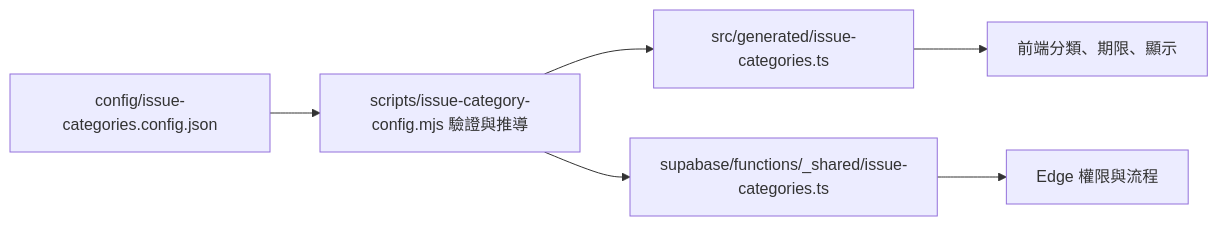
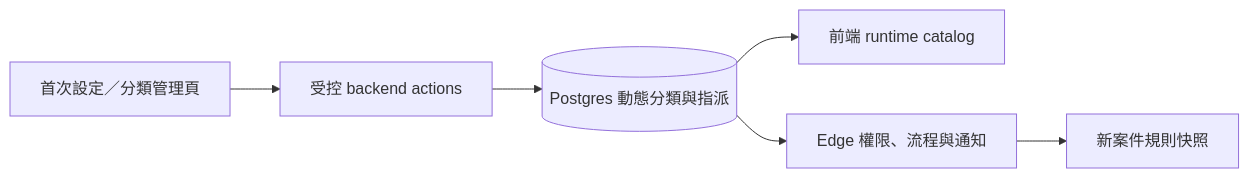
Before and after one commit to tavricccc/novae-website: the second of 2 diagrams in docs/architecture.md, drawn with Mermaid. The commit also changed other lines of this file and 25 other files, not shown here.

Commit message:
Remove category configuration module and associated styles; update project structure documentation for clarity on entry points and build scripts.

````diff
--- a/docs/architecture.md
+++ b/docs/architecture.md
@@ -68,8 +68,8 @@
 ```mermaid
 flowchart LR
-  J[config/issue-categories.config.json] --> S[scripts/issue-category-config.mjs 驗證與推導]
-  S --> A[src/generated/issue-categories.ts]
-  S --> B[supabase/functions/_shared/issue-categories.ts]
-  A --> UI[前端分類、期限、顯示]
-  B --> API[Edge 權限與流程]
+  S[首次設定／分類管理頁] --> A[受控 backend actions]
+  A --> D[(Postgres 動態分類與指派)]
+  D --> UI[前端 runtime catalog]
+  D --> API[Edge 權限、流程與通知]
+  API --> P[新案件規則快照]
 ```
````
